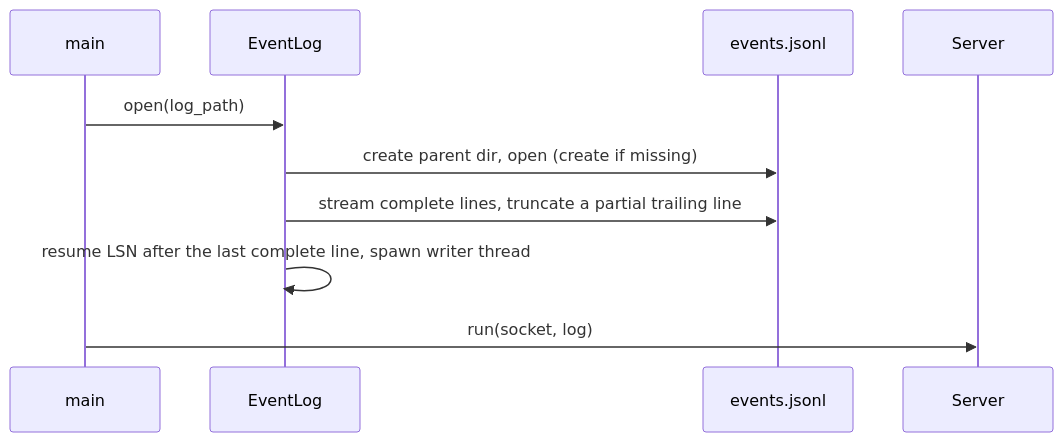
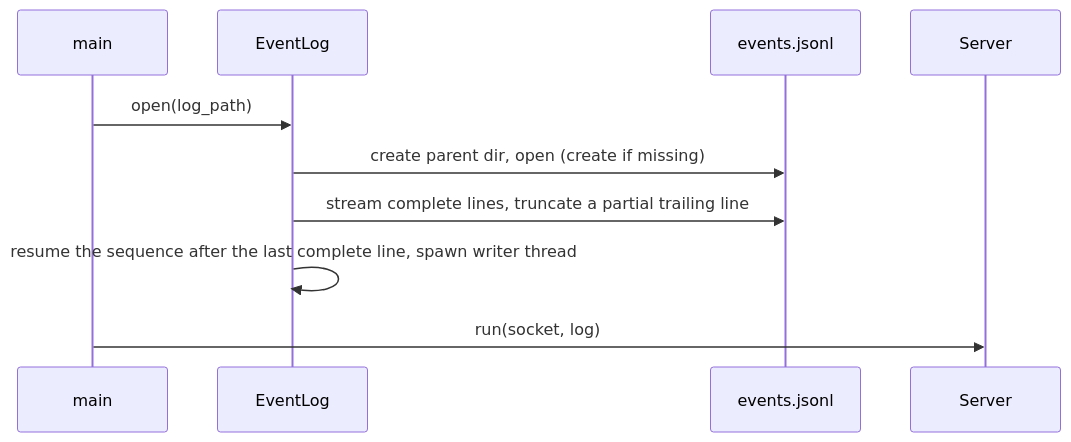
One commit to mokmok-dev/agent changed the fifth of 5 diagrams in docs/architecture.md. Above: the diagram before and after it, drawn with Mermaid. The commit also changed other lines of this file and 10 other files, not shown here.

````diff
--- a/docs/architecture.md
+++ b/docs/architecture.md
@@ -134,13 +195,13 @@
 ```mermaid
 sequenceDiagram
     participant M as main
     participant E as EventLog
     participant D as events.jsonl
     participant S as Server
 
     M->>E: open(log_path)
     E->>D: create parent dir, open (create if missing)
     E->>D: stream complete lines, truncate a partial trailing line
-    E->>E: resume LSN after the last complete line, spawn writer thread
+    E->>E: resume the sequence after the last complete line, spawn writer thread
     M->>S: run(socket, log)
 ```
````
